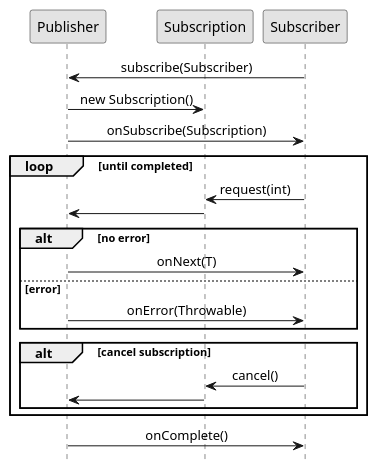
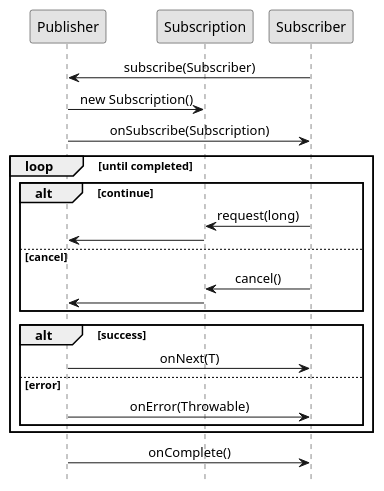
The diagram in images/diagram1.puml (ti-cortex-m4/demo-java-reactive-streams-old), drawn with PlantUML before and after one commit. The commit also changed 1 other file, not shown here.

```diff
--- a/images/diagram1.puml
+++ b/images/diagram1.puml
@@ -1,49 +1,48 @@
 @startuml
 
 'scale 1.1
 'title Reactive Streams
 hide footbox
 skinparam monochrome true
 'skinparam defaultFontName Source Sans Pro
 'skinparam titleFontSize 15
 skinparam sequenceMessageAlign center
 
 'skinparam sequence {
 'ArrowColor black
 'ActorBorderColor black
 'LifeLineBorderColor black
 'LifeLineBackgroundColor black
 '
 'ParticipantBorderColor black
 'ParticipantBackgroundColor white
 'ParticipantFontColor black
 '}
 
 participant Publisher
 participant Subscription
 participant Subscriber
 
 Subscriber -> Publisher : subscribe(Subscriber)
 Publisher -> Subscription : new Subscription()
 Publisher -> Subscriber : onSubscribe(Subscription)
 
 loop until completed
-Subscriber -> Subscription : request(int)
-Subscription -> Publisher
+    alt continue
+        Subscriber -> Subscription : request(long)
+        Subscription -> Publisher
+    else cancel
+        Subscriber -> Subscription : cancel()
+        Subscription -> Publisher
+    end
 
-alt no error
-Publisher -> Subscriber : onNext(T)
-else error
-Publisher -> Subscriber : onError(Throwable)
-end
-
-alt cancel subscription
-Subscriber -> Subscription : cancel()
-Subscription -> Publisher
-end
-
+    alt success
+        Publisher -> Subscriber : onNext(T)
+    else error
+        Publisher -> Subscriber : onError(Throwable)
+    end
 end
 
 Publisher -> Subscriber : onComplete()
 
 @enduml
```
